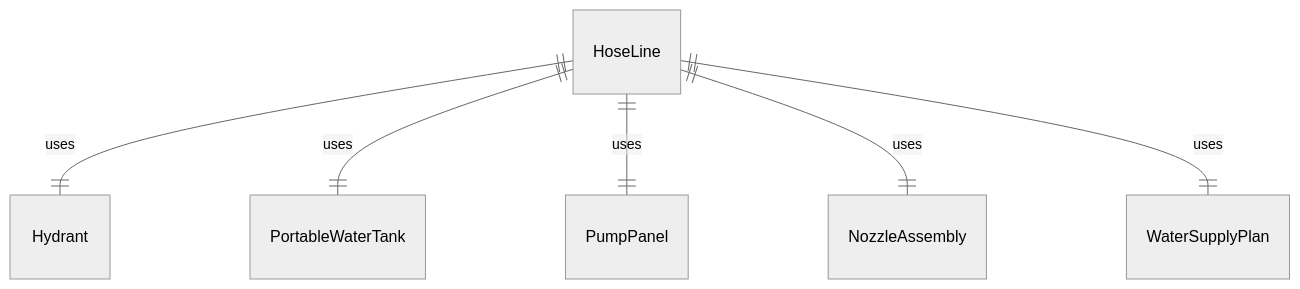
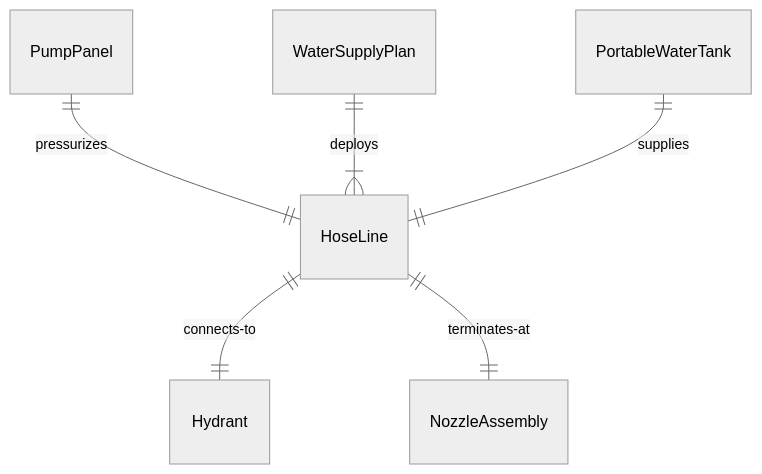
One commit to dot-org-ai/tasks.org.ai changed the first of 4 diagrams in HandlingAndMovingObjects/SetUpEquipment/PrepareHosesWaterSuppliesFight.mdx. Above: the diagram before and after it, drawn with Mermaid (neutral theme). The commit also changed other lines of this file and 515 other files, not shown here.

````diff
--- a/HandlingAndMovingObjects/SetUpEquipment/PrepareHosesWaterSuppliesFight.mdx
+++ b/HandlingAndMovingObjects/SetUpEquipment/PrepareHosesWaterSuppliesFight.mdx
@@ -86,8 +86,8 @@
 ```mermaid
 erDiagram
-    HoseLine ||--|| Hydrant : "uses"
-    HoseLine ||--|| PortableWaterTank : "uses"
-    HoseLine ||--|| PumpPanel : "uses"
-    HoseLine ||--|| NozzleAssembly : "uses"
-    HoseLine ||--|| WaterSupplyPlan : "uses"
+    HoseLine ||--|| Hydrant : "connects-to"
+    HoseLine ||--|| NozzleAssembly : "terminates-at"
+    PumpPanel ||--|| HoseLine : "pressurizes"
+    WaterSupplyPlan ||--|{ HoseLine : "deploys"
+    PortableWaterTank ||--|| HoseLine : "supplies"
 ```
````
